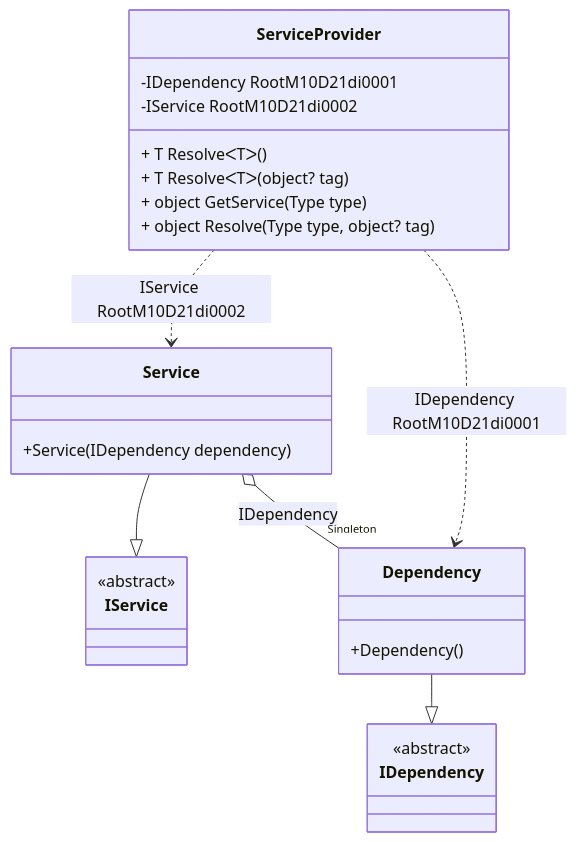
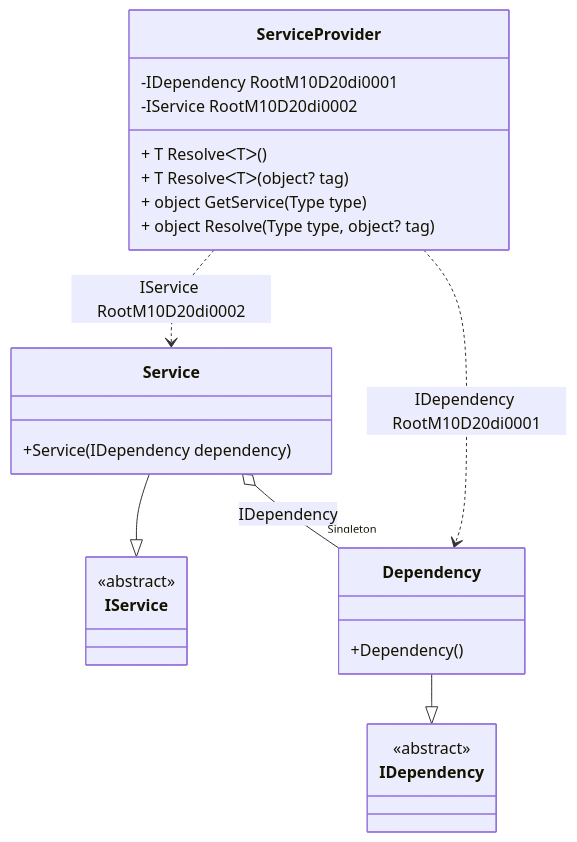
One commit to DevTeam/Pure.DI changed the diagram in readme/service-provider.md. Above: the diagram before and after it, drawn with Mermaid. The commit also changed other lines of this file and 85 other files, not shown here.

````diff
--- a/readme/service-provider.md
+++ b/readme/service-provider.md
@@ -49,28 +49,28 @@
 ```mermaid
 classDiagram
   class ServiceProvider {
-    -IDependency RootM10D21di0001
-    -IService RootM10D21di0002
+    -IDependency RootM10D20di0001
+    -IService RootM10D20di0002
     + T ResolveᐸTᐳ()
     + T ResolveᐸTᐳ(object? tag)
     + object GetService(Type type)
     + object Resolve(Type type, object? tag)
   }
   Service --|> IService : 
   class Service {
     +Service(IDependency dependency)
   }
   Dependency --|> IDependency : 
   class Dependency {
     +Dependency()
   }
   class IService {
     <<abstract>>
   }
   class IDependency {
     <<abstract>>
   }
   Service o--  "Singleton" Dependency : IDependency
-  ServiceProvider ..> Dependency : IDependency RootM10D21di0001
-  ServiceProvider ..> Service : IService RootM10D21di0002
+  ServiceProvider ..> Dependency : IDependency RootM10D20di0001
+  ServiceProvider ..> Service : IService RootM10D20di0002
 ```
````
